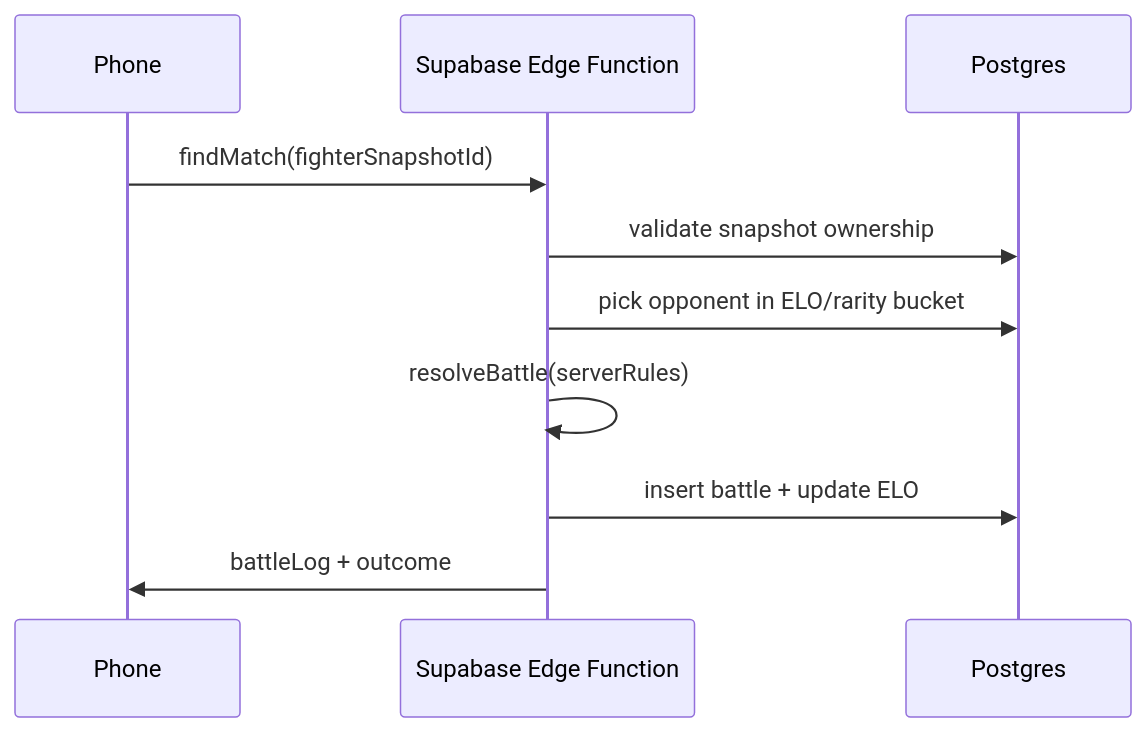
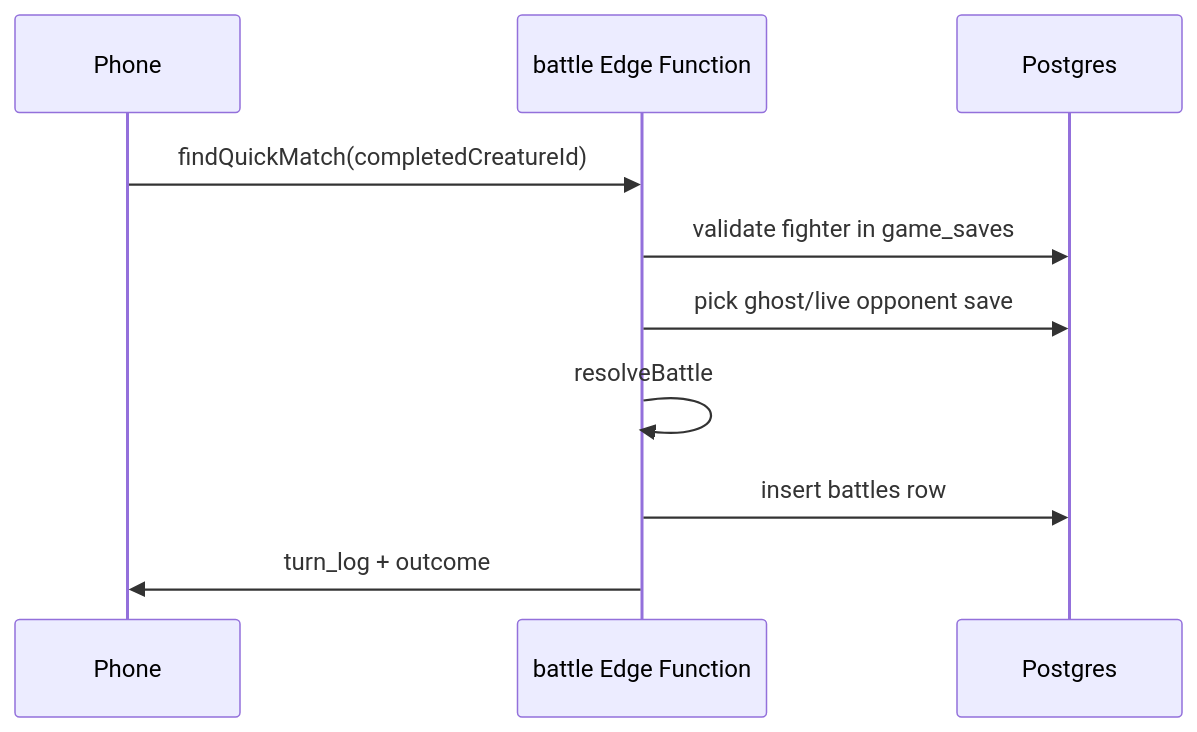
One commit to Gharmon255/dino-step changed the first of 2 diagrams in docs/PVP_DESIGN.md. Above: the diagram before and after it, drawn with Mermaid. The commit also changed other lines of this file and 38 other files, not shown here.

First line of the commit message:
Add PvP friend battles with EX progression and Supabase backend.

````diff
--- a/docs/PVP_DESIGN.md
+++ b/docs/PVP_DESIGN.md
@@ -47,13 +83,13 @@
 ```mermaid
 sequenceDiagram
     participant Phone
-    participant Edge as Supabase Edge Function
+    participant Edge as battle Edge Function
     participant DB as Postgres
 
-    Phone->>Edge: findMatch(fighterSnapshotId)
-    Edge->>DB: validate snapshot ownership
-    Edge->>DB: pick opponent in ELO/rarity bucket
-    Edge->>Edge: resolveBattle(serverRules)
-    Edge->>DB: insert battle + update ELO
-    Edge->>Phone: battleLog + outcome
+    Phone->>Edge: findQuickMatch(completedCreatureId)
+    Edge->>DB: validate fighter in game_saves
+    Edge->>DB: pick ghost/live opponent save
+    Edge->>Edge: resolveBattle
+    Edge->>DB: insert battles row
+    Edge->>Phone: turn_log + outcome
 ```
````
